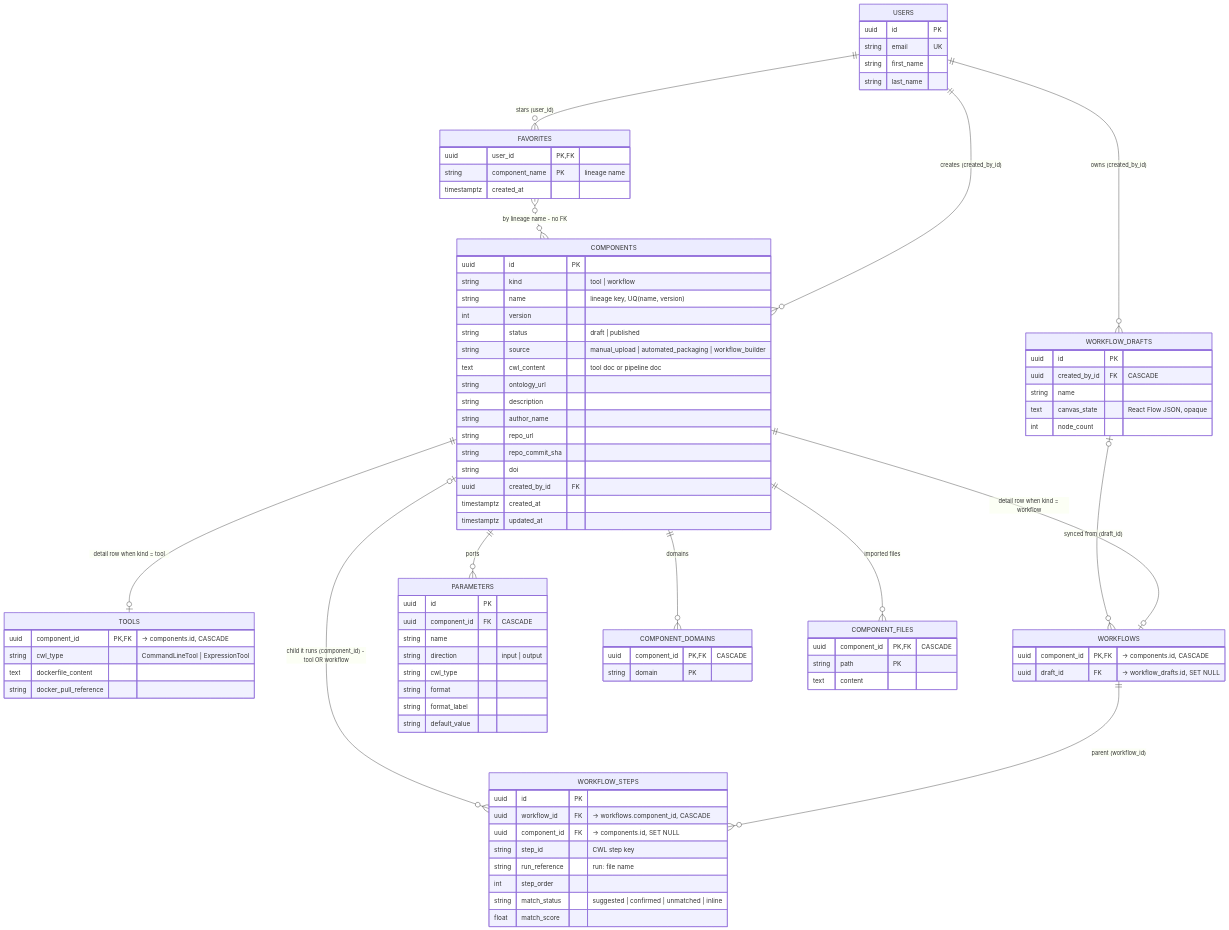
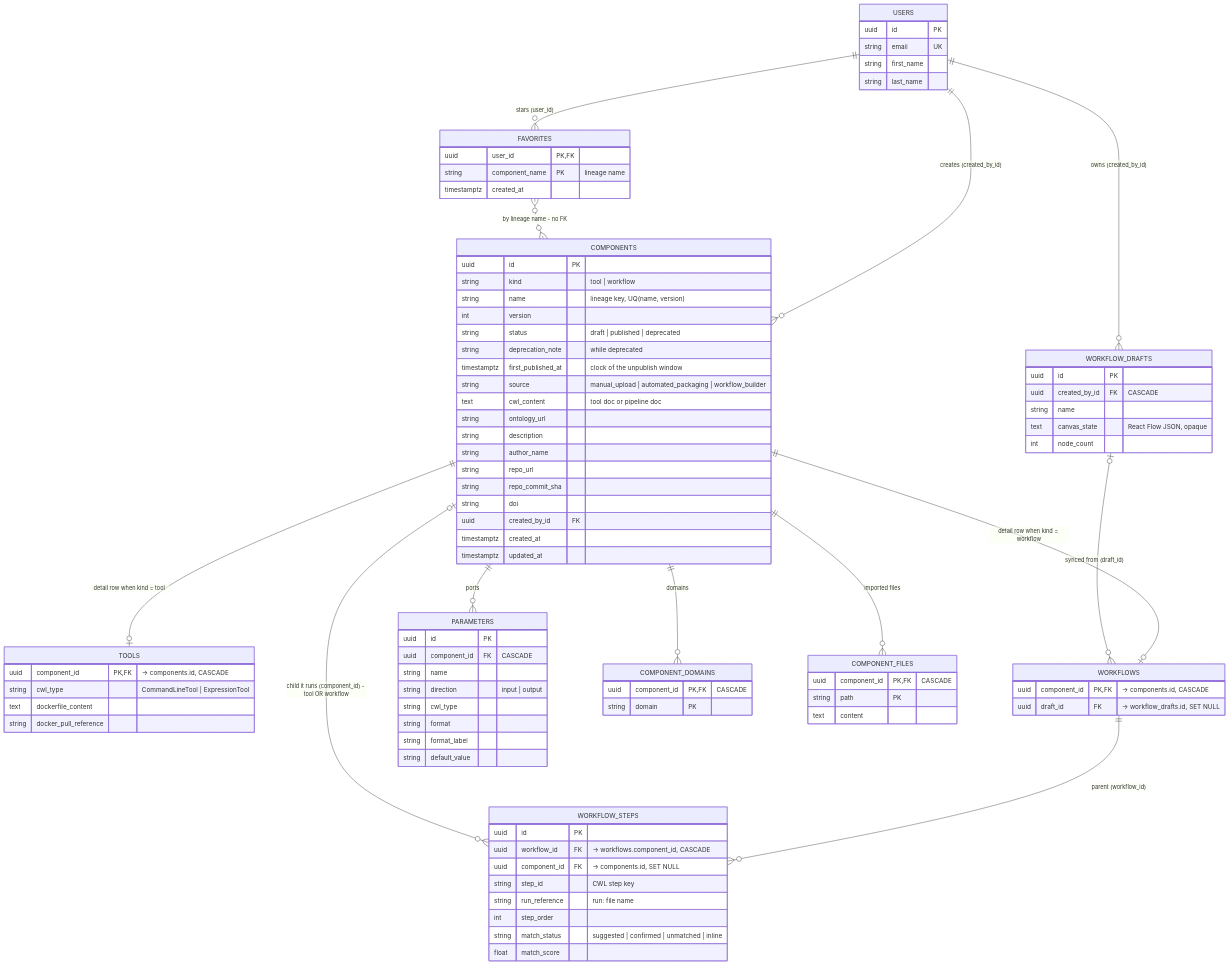
The second of 2 diagrams in backend-python/docs/domain-model.md (Distr0hopper/masterthesis), drawn with Mermaid before and after one commit. The commit also changed other lines of this file and 37 other files, not shown here.

First line of the commit message:
feat: Enforce unpublish window for published workflow versions

```diff
--- a/backend-python/docs/domain-model.md
+++ b/backend-python/docs/domain-model.md
@@ -77,7 +77,9 @@
         string kind "tool | workflow"
         string name "lineage key, UQ(name, version)"
         int version
-        string status "draft | published"
+        string status "draft | published | deprecated"
+        string deprecation_note "while deprecated"
+        timestamptz first_published_at "clock of the unpublish window"
         string source "manual_upload | automated_packaging | workflow_builder"
         text cwl_content "tool doc or pipeline doc"
         string ontology_url
```
